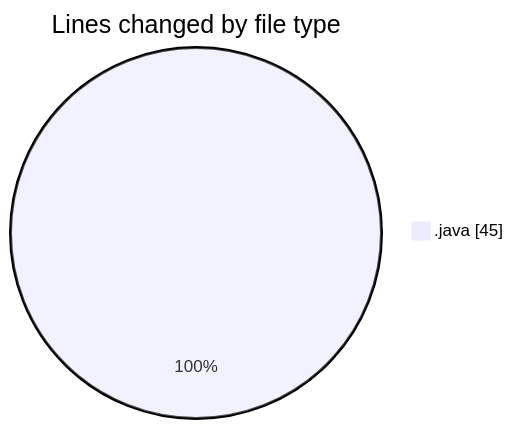
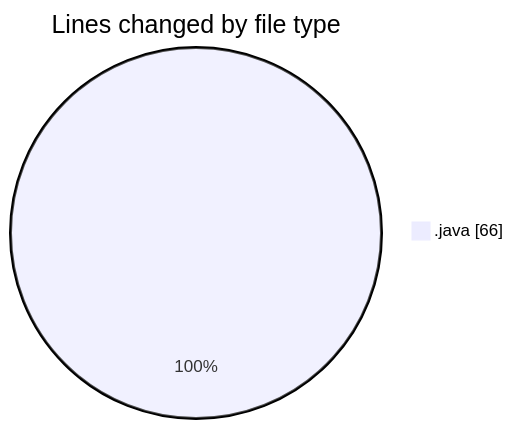
One commit to NitaiMahat/code-tracking changed the first of 2 diagrams in 2025-02-27/coding_prac_8/README.md. Above: the diagram before and after it, drawn with Mermaid. The commit also changed other lines of this file and 1 other file, not shown here.

````diff
--- a/2025-02-27/coding_prac_8/README.md
+++ b/2025-02-27/coding_prac_8/README.md
@@ -21,5 +22,5 @@
 ```mermaid
 pie showData
 title Lines changed by file type
-".java" : 45
+".java" : 66
 ```
````
